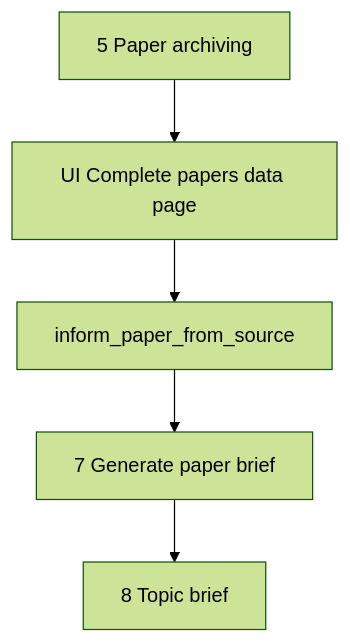
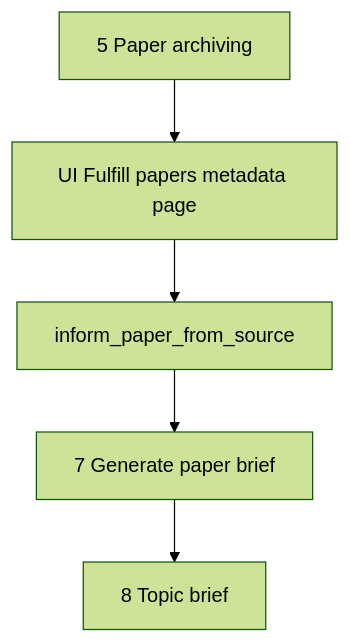
The diagram in docs/specs/06-fulfill-papers-metadata.md (GustavoRusso/paper-reviewer), drawn with Mermaid (forest theme) before and after one commit. The commit also changed other lines of this file and 9 other files, not shown here.

Commit message:
Renamed to Fulfill papers metadata across the docs (second commit)

````diff
--- a/docs/specs/06-fulfill-papers-metadata.md
+++ b/docs/specs/06-fulfill-papers-metadata.md
@@ -51,12 +51,12 @@
 ```mermaid
 flowchart TB
   archive[5 Paper archiving]
-  ui[UI Complete papers data page]
+  ui[UI Fulfill papers metadata page]
   inform[inform_paper_from_source]
   briefStep[7 Generate paper brief]
   topic[8 Topic brief]
   archive --> ui
   ui --> inform
   inform --> briefStep
   briefStep --> topic
 ```
````
